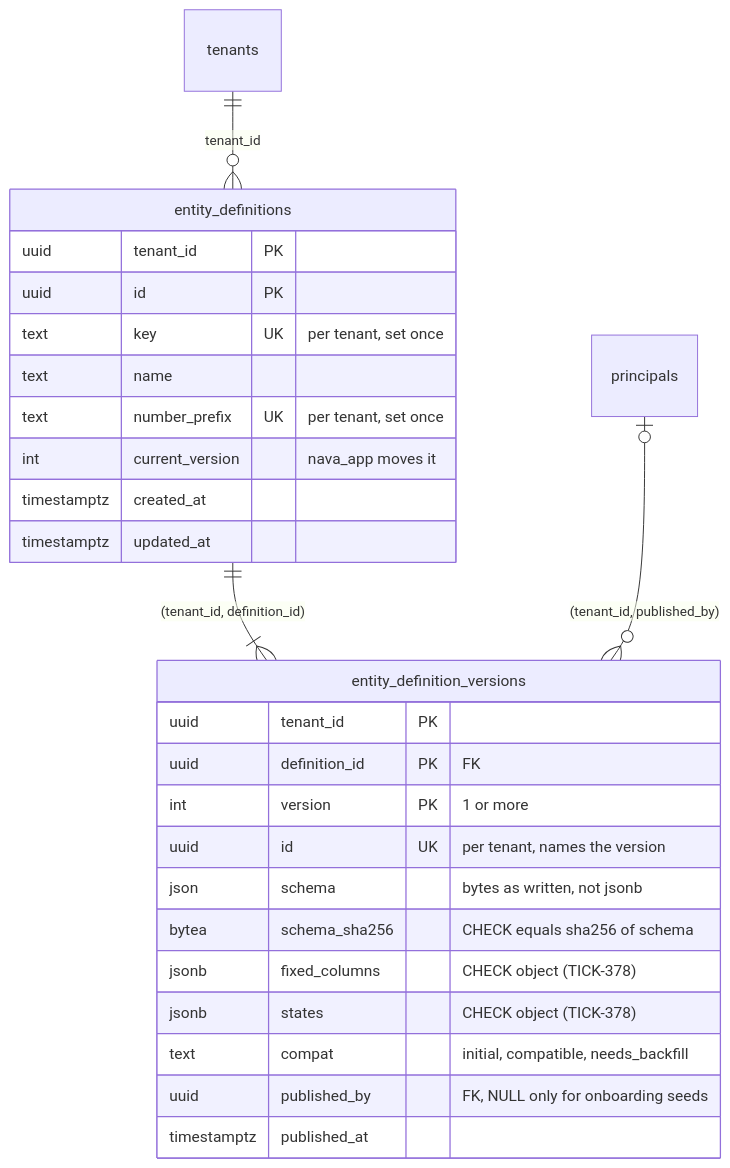
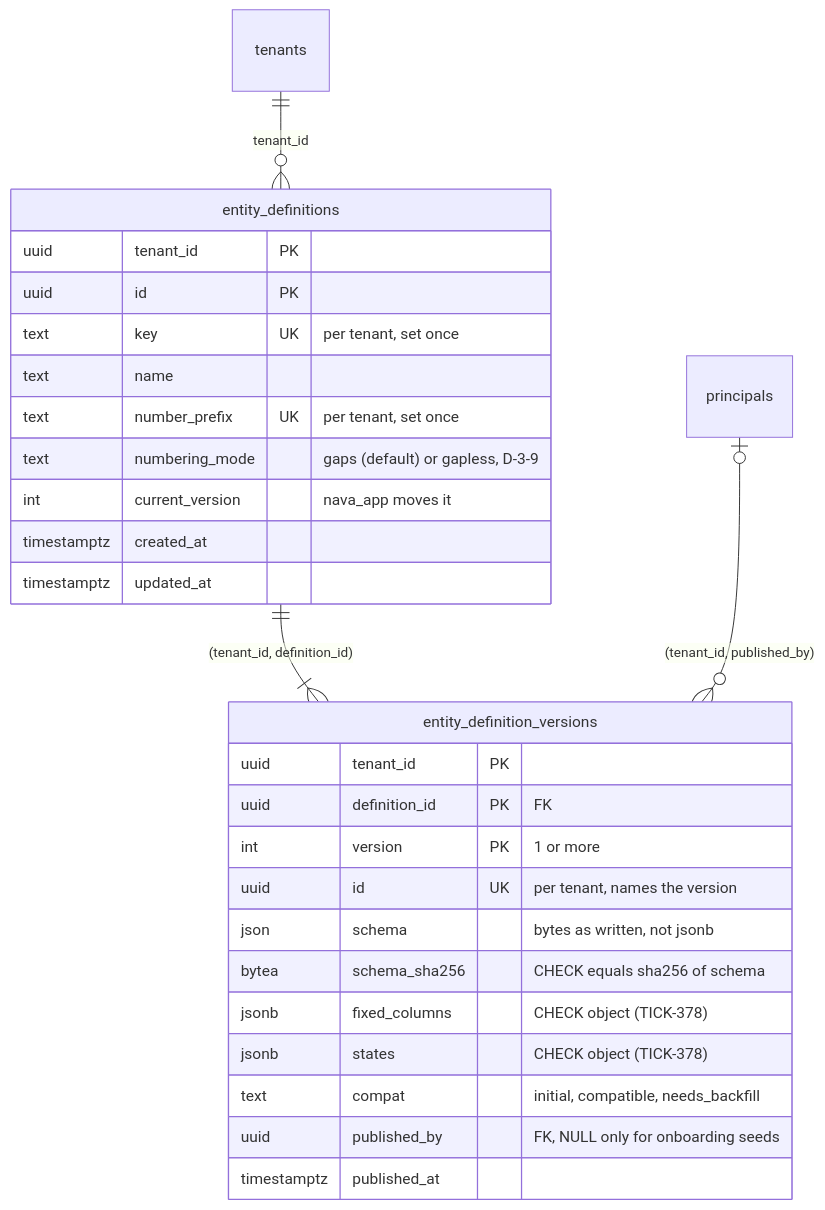
Before and after one commit to Navaladi2019/TicketingSystem: the second of 3 diagrams in docs/data/platform-tables.md, drawn with Mermaid. The commit also changed other lines of this file and 14 other files, not shown here.

First line of the commit message:
TICK-659: entity_definitions.numbering_mode (gaps default, gapless) for D-3-9

````diff
--- a/docs/data/platform-tables.md
+++ b/docs/data/platform-tables.md
@@ -290,30 +290,31 @@
 ```mermaid
 erDiagram
     tenants ||--o{ entity_definitions : "tenant_id"
     entity_definitions ||--|{ entity_definition_versions : "(tenant_id, definition_id)"
     principals |o--o{ entity_definition_versions : "(tenant_id, published_by)"
 
     entity_definitions {
         uuid tenant_id PK
         uuid id PK
         text key UK "per tenant, set once"
         text name
         text number_prefix UK "per tenant, set once"
+        text numbering_mode "gaps (default) or gapless, D-3-9"
         int current_version "nava_app moves it"
         timestamptz created_at
         timestamptz updated_at
     }
     entity_definition_versions {
         uuid tenant_id PK
         uuid definition_id PK "FK"
         int version PK "1 or more"
         uuid id UK "per tenant, names the version"
         json schema "bytes as written, not jsonb"
         bytea schema_sha256 "CHECK equals sha256 of schema"
         jsonb fixed_columns "CHECK object (TICK-378)"
         jsonb states "CHECK object (TICK-378)"
         text compat "initial, compatible, needs_backfill"
         uuid published_by "FK, NULL only for onboarding seeds"
         timestamptz published_at
     }
 ```
````
